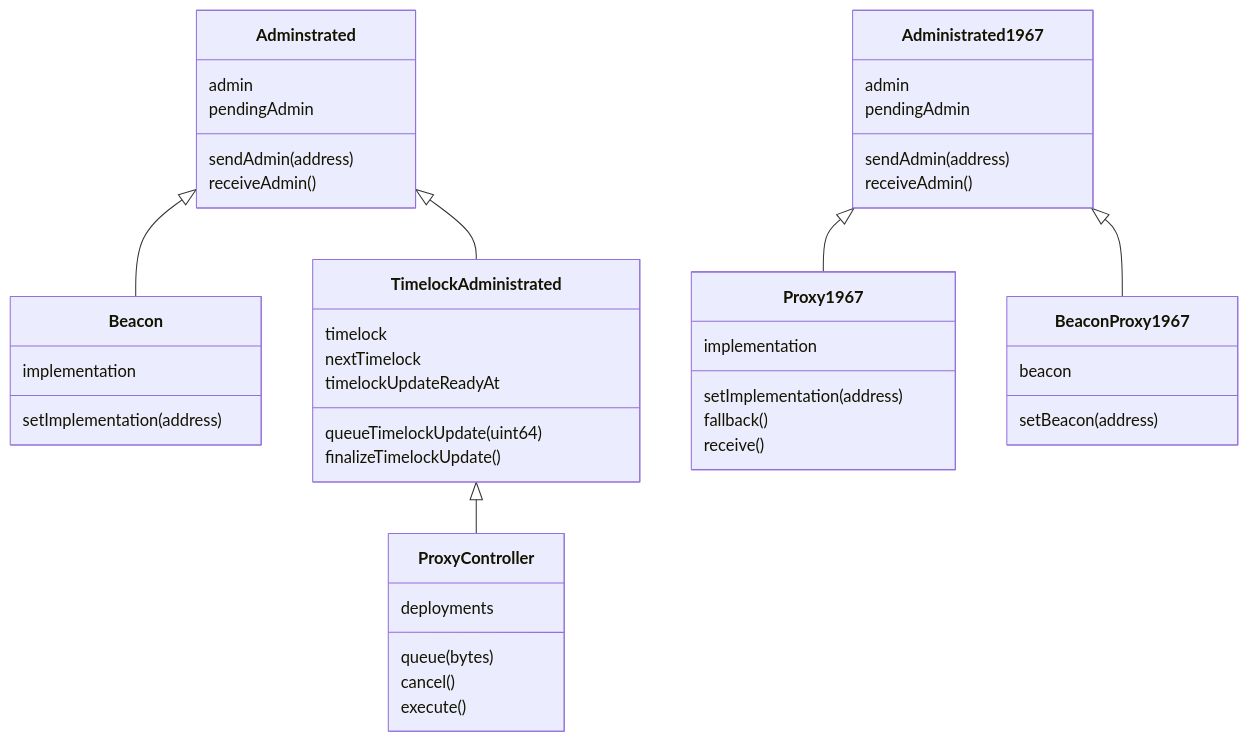
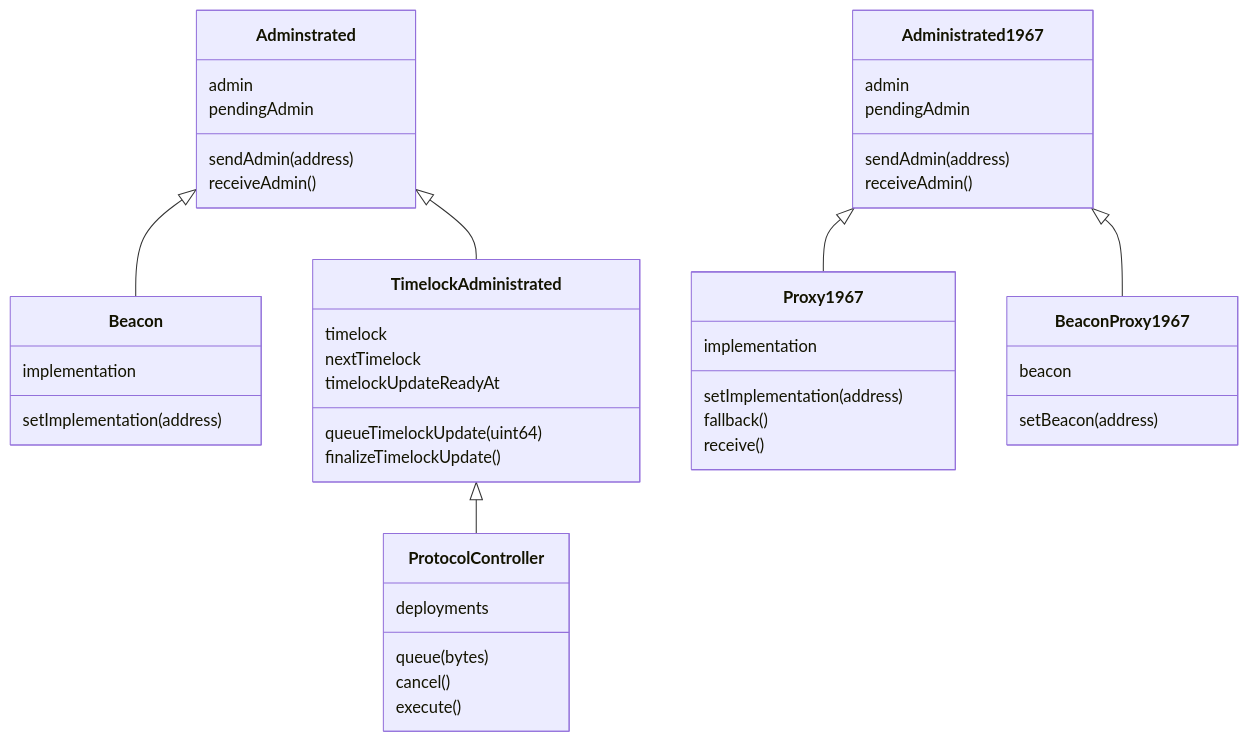
Before and after one commit to jtriley2p/protoctl: the second of 2 diagrams in README.md, drawn with Mermaid. The commit also changed 1 other file, not shown here.

Commit message:
proxy -> protocol

````diff
--- a/README.md
+++ b/README.md
@@ -69,58 +69,58 @@
 ```mermaid
 classDiagram
     class Adminstrated {
         admin
         pendingAdmin
 
         sendAdmin(address)
         receiveAdmin()
     }
 
     class Administrated1967 {
         admin
         pendingAdmin
 
         sendAdmin(address)
         receiveAdmin()
     }
 
     class TimelockAdministrated {
         timelock
         nextTimelock
         timelockUpdateReadyAt
 
         queueTimelockUpdate(uint64)
         finalizeTimelockUpdate()
     }
 
     class Proxy1967 {
         implementation
         setImplementation(address)
         fallback()
         receive()
     }
 
     class Beacon {
         implementation
         setImplementation(address)
     }
 
     class BeaconProxy1967 {
         beacon
         setBeacon(address)
     }
 
-    class ProxyController {
+    class ProtocolController {
         deployments
         queue(bytes)
         cancel()
         execute()
     }
 
     Administrated1967 <|-- Proxy1967
     Administrated1967 <|-- BeaconProxy1967
 
     Adminstrated <|-- Beacon
     Adminstrated <|-- TimelockAdministrated
-    TimelockAdministrated <|-- ProxyController
+    TimelockAdministrated <|-- ProtocolController
 ```
````
